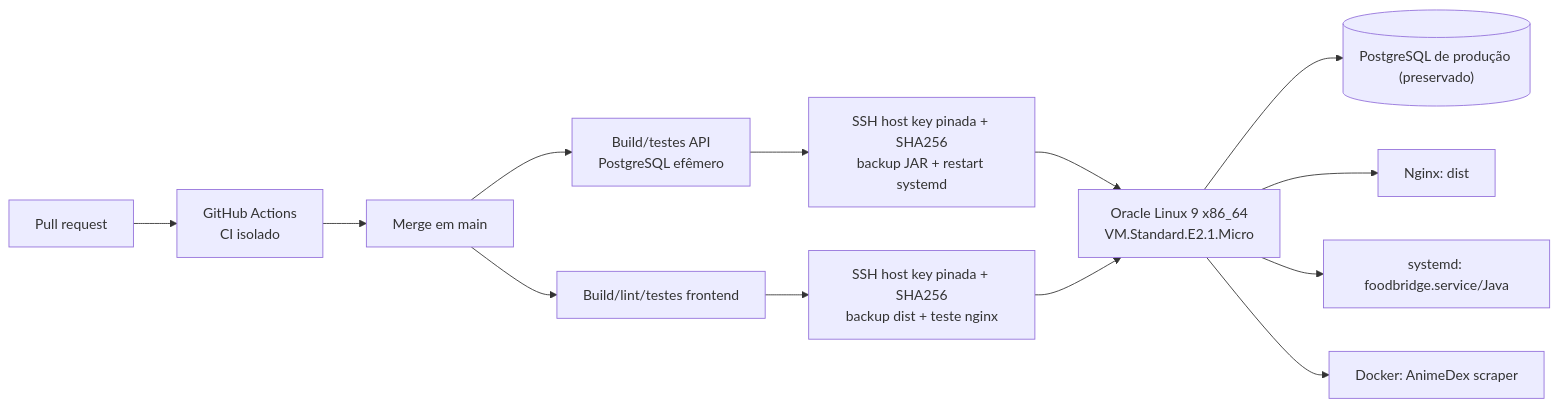
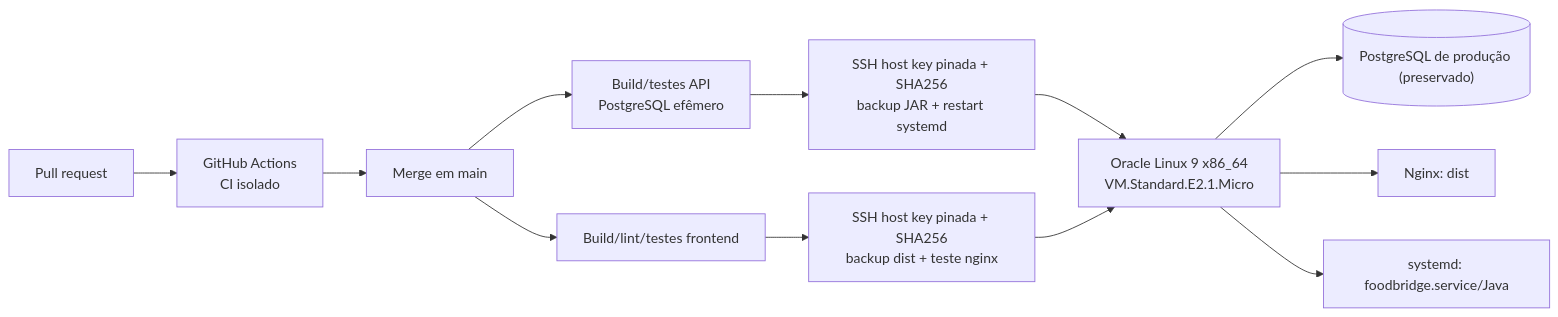
Before and after one commit to DanieldeAlmeida2024/FoodBridge-API-Kotlin: the sixth of 6 diagrams in docs/ARQUITETURA_ATUAL.md, drawn with Mermaid. The commit also changed other lines of this file, not shown here.

````diff
--- a/docs/ARQUITETURA_ATUAL.md
+++ b/docs/ARQUITETURA_ATUAL.md
@@ -115,15 +117,14 @@
 ```mermaid
 flowchart LR
     PR["Pull request"] --> CI["GitHub Actions\nCI isolado"]
     CI --> M["Merge em main"]
     M --> BA["Build/testes API\nPostgreSQL efêmero"]
     M --> BF["Build/lint/testes frontend"]
     BA --> SA["SSH host key pinada + SHA256\nbackup JAR + restart systemd"]
     BF --> SF["SSH host key pinada + SHA256\nbackup dist + teste nginx"]
     SA --> VM["Oracle Linux 9 x86_64\nVM.Standard.E2.1.Micro"]
     SF --> VM
     VM --> DB[("PostgreSQL de produção (preservado)")]
     VM --> N["Nginx: dist"]
     VM --> J["systemd: foodbridge.service/Java"]
-    VM --> D["Docker: AnimeDex scraper"]
 ```
````
